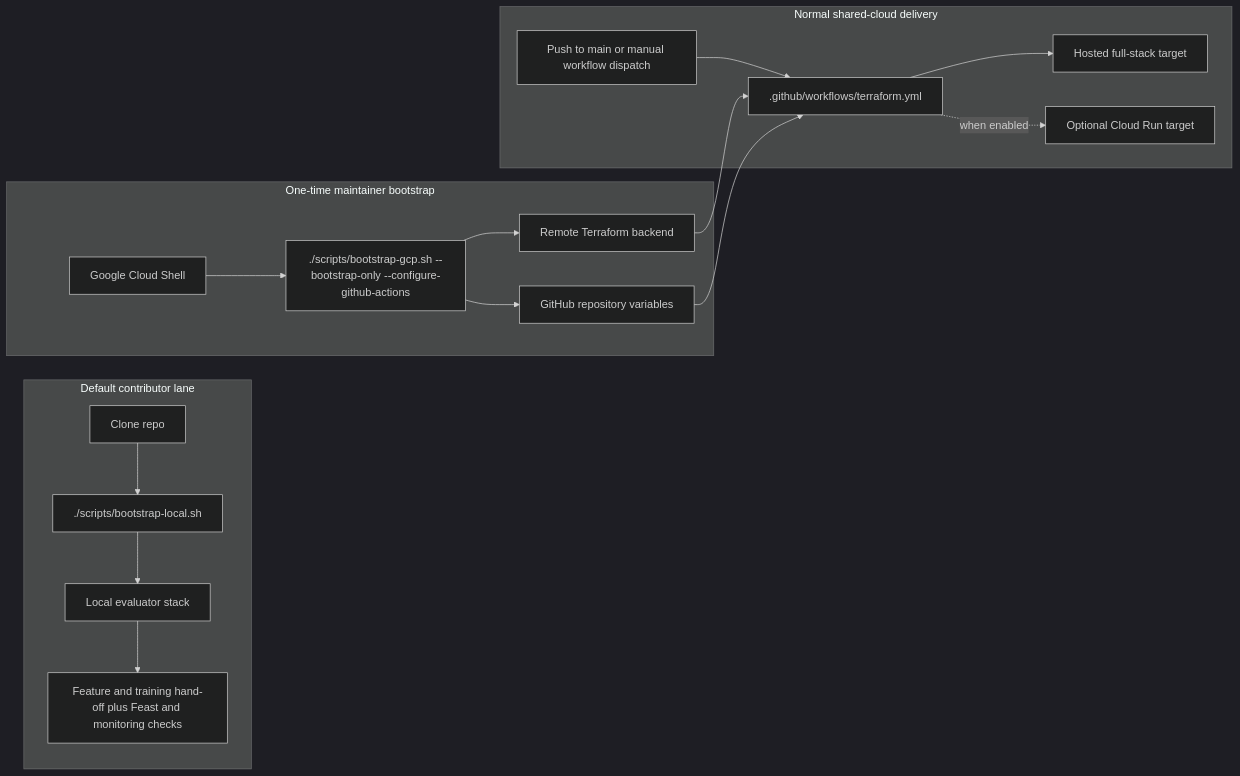
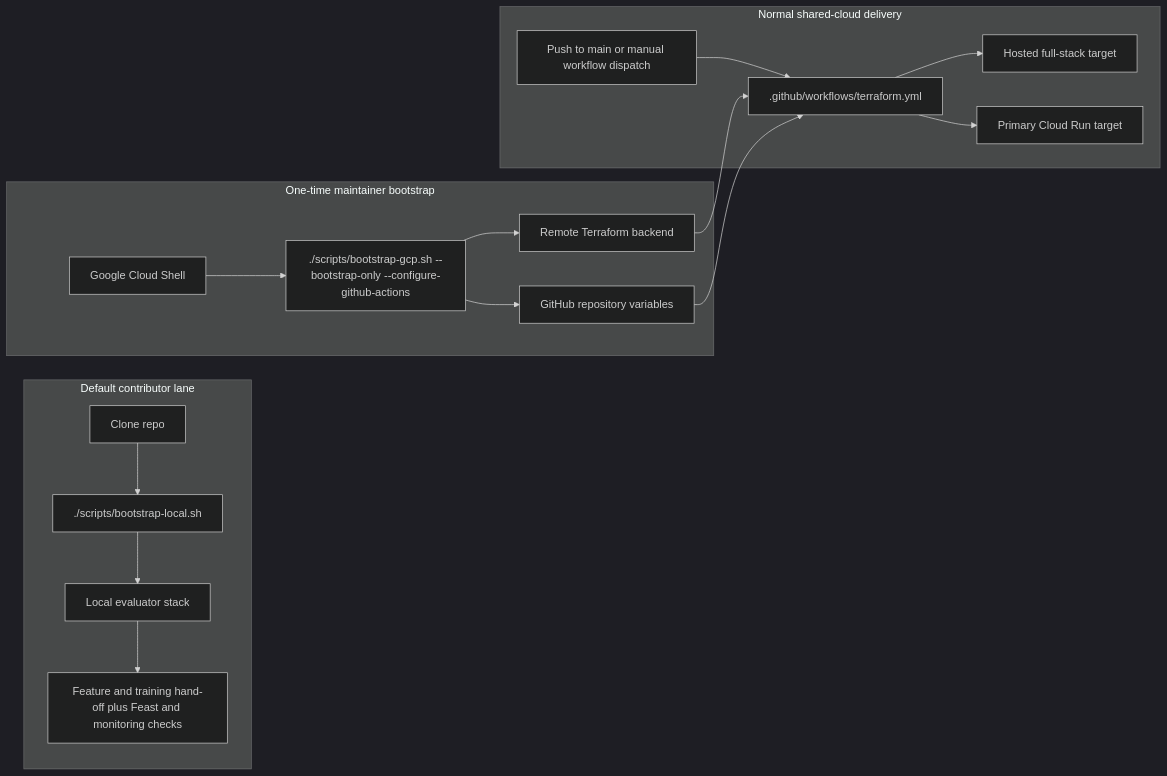
Before and after one commit to javihslu/foehncast: the diagram in docs/site/system/delivery-and-operator-workflow.md, drawn with Mermaid (dark theme). The commit also changed other lines of this file and 5 other files, not shown here.

```diff
--- a/docs/site/system/delivery-and-operator-workflow.md
+++ b/docs/site/system/delivery-and-operator-workflow.md
@@ -13,33 +13,33 @@
 <div class="mermaid">
 flowchart LR
     subgraph Local[Default contributor lane]
         CLONE[Clone repo]
         LOCAL[./scripts/bootstrap-local.sh]
         LSTACK[Local evaluator stack]
         LVERIFY[Feature and training hand-off plus Feast and monitoring checks]
     end
 
     subgraph Bootstrap[One-time maintainer bootstrap]
         SHELL[Google Cloud Shell]
         BGCP[./scripts/bootstrap-gcp.sh --bootstrap-only --configure-github-actions]
         BACKEND[Remote Terraform backend]
         VARS[GitHub repository variables]
     end
 
     subgraph Remote[Normal shared-cloud delivery]
         PUSH[Push to main or manual workflow dispatch]
         TFWF[.github/workflows/terraform.yml]
         HOST[Hosted full-stack target]
-        RUN[Optional Cloud Run target]
+        RUN[Primary Cloud Run target]
     end
 
     CLONE --> LOCAL --> LSTACK --> LVERIFY
     SHELL --> BGCP
     BGCP --> BACKEND
     BGCP --> VARS
     PUSH --> TFWF
     BACKEND --> TFWF
     VARS --> TFWF
     TFWF --> HOST
-    TFWF -. when enabled .-> RUN
+    TFWF --> RUN
 </div>
```
